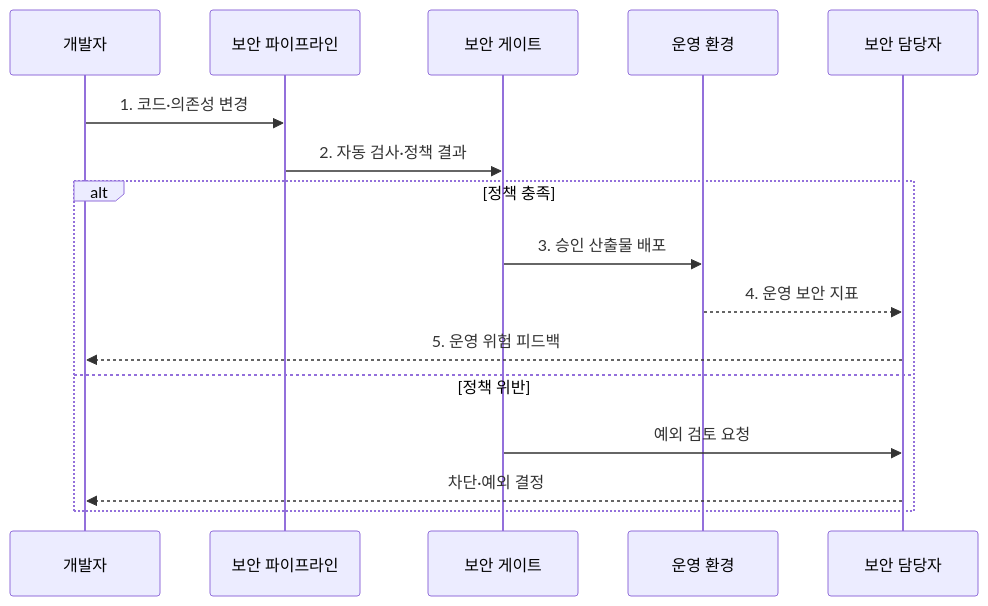
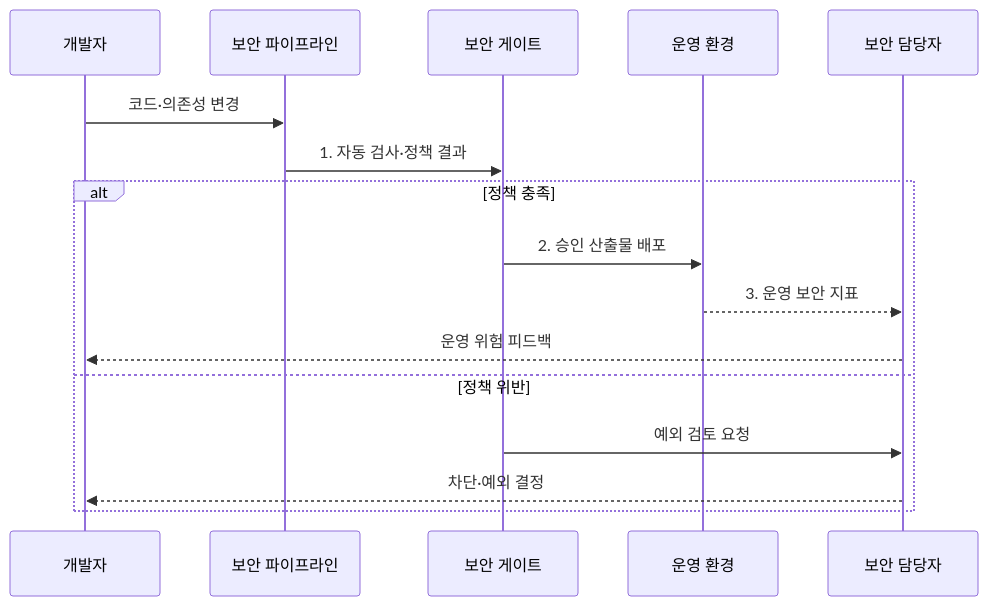
Before and after one commit to agnusdei1207/knowledge-base: the second of 2 diagrams in src/content/docs/notes/03-software/057_devsecops.md, drawn with Mermaid. The commit also changed other lines of this file and 20 other files, not shown here.

````diff
--- a/src/content/docs/notes/03-software/057_devsecops.md
+++ b/src/content/docs/notes/03-software/057_devsecops.md
@@ -83,18 +83,18 @@
 ```mermaid
 sequenceDiagram
     participant D as 개발자
     participant P as 보안 파이프라인
     participant G as 보안 게이트
     participant E as 운영 환경
     participant S as 보안 담당자
-    D->>P: 1. 코드·의존성 변경
-    P->>G: 2. 자동 검사·정책 결과
+    D->>P: 코드·의존성 변경
+    P->>G: 1. 자동 검사·정책 결과
     alt 정책 충족
-        G->>E: 3. 승인 산출물 배포
-        E-->>S: 4. 운영 보안 지표
-        S-->>D: 5. 운영 위험 피드백
+        G->>E: 2. 승인 산출물 배포
+        E-->>S: 3. 운영 보안 지표
+        S-->>D: 운영 위험 피드백
     else 정책 위반
         G->>S: 예외 검토 요청
         S-->>D: 차단·예외 결정
     end
 ```
````
